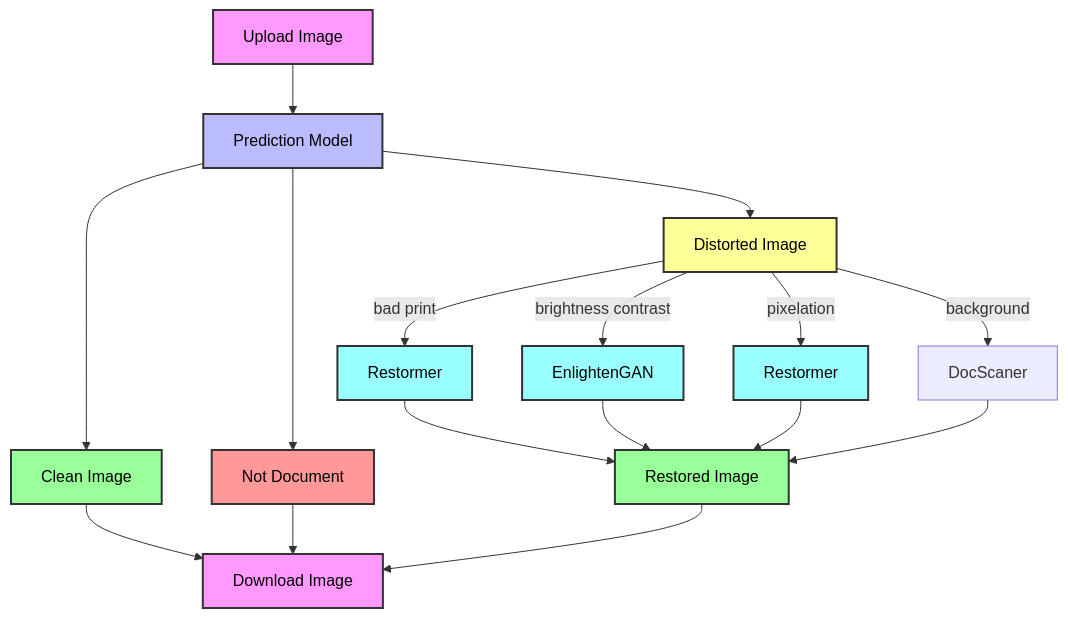
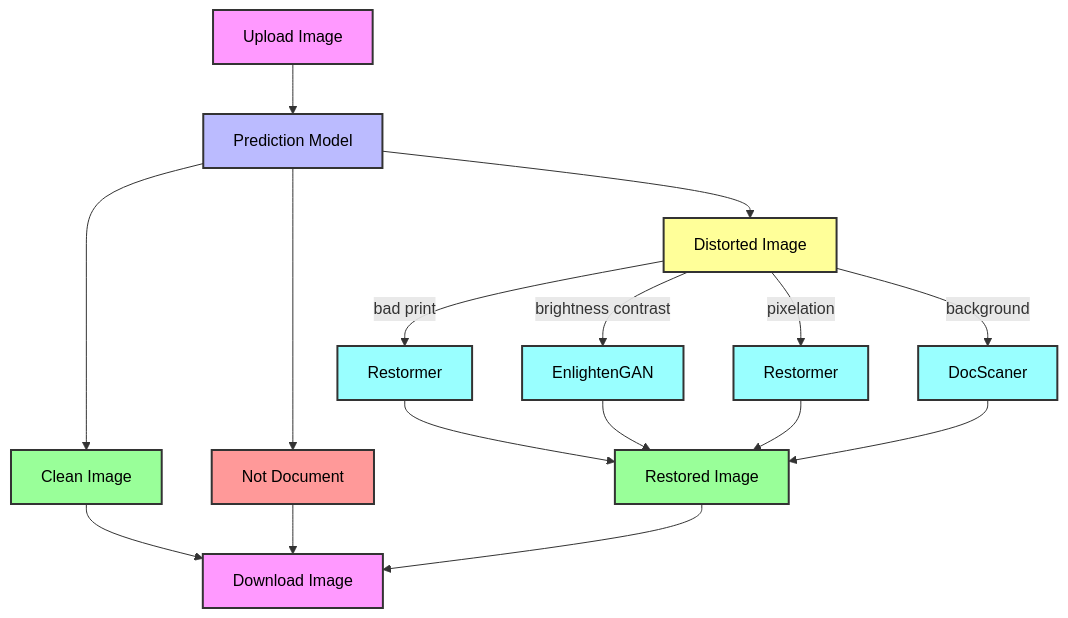
Before and after one commit to kudriavtcevroman/Document_Restoration_Project: the diagram in README.md, drawn with Mermaid.

````diff
--- a/README.md
+++ b/README.md
@@ -114,29 +114,30 @@
 ```mermaid
 graph TD;
     A[Upload Image] --> B[Prediction Model];
     B --> C[Distorted Image];
     B --> D[Clean Image];
     B --> E[Not Document];
     C -->|bad print| F[Restormer];
     C -->|brightness contrast| G[EnlightenGAN];
     C -->|pixelation| H[Restormer];
     C -->|background| K[DocScaner];
     F --> I[Restored Image];
     G --> I[Restored Image];
     H --> I[Restored Image];
     K --> I[Restored Image];
     D --> J[Download Image];
     E --> J[Download Image];
     I --> J[Download Image];
 
     style A fill:#f9f,stroke:#333,color:#000,stroke-width:2px
     style B fill:#bbf,stroke:#333,color:#000,stroke-width:2px
     style C fill:#ff9,stroke:#333,color:#000,stroke-width:2px
     style D fill:#9f9,stroke:#333,color:#000,stroke-width:2px
     style E fill:#f99,stroke:#333,color:#000,stroke-width:2px
     style F fill:#9ff,stroke:#333,color:#000,stroke-width:2px
     style G fill:#9ff,stroke:#333,color:#000,stroke-width:2px
     style H fill:#9ff,stroke:#333,color:#000,stroke-width:2px
     style I fill:#9f9,stroke:#333,color:#000,stroke-width:2px
     style J fill:#f9f,stroke:#333,color:#000,stroke-width:2px
+    style K fill:#9ff,stroke:#333,color:#000,stroke-width:2px
 ```
````
